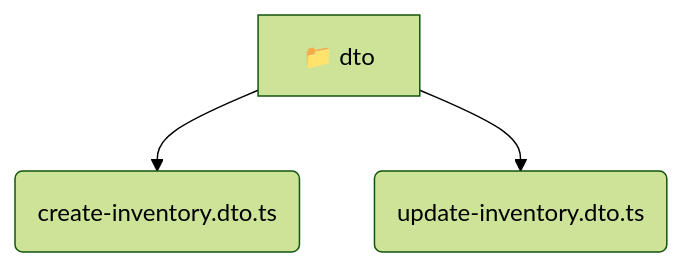
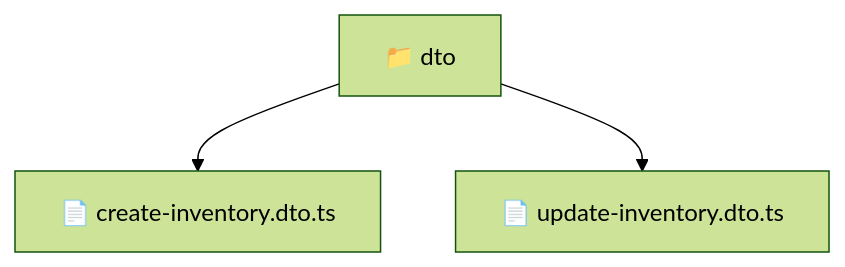
One commit to beginwebdev2002/fullstack-mavluda changed the diagram in backend/src/modules/inventory/presentation/dto/README.md. Above: the diagram before and after it, drawn with Mermaid (forest theme). The commit also changed other lines of this file and 163 other files, not shown here.

````diff
--- a/backend/src/modules/inventory/presentation/dto/README.md
+++ b/backend/src/modules/inventory/presentation/dto/README.md
@@ -9,6 +10,6 @@
 ```mermaid
 graph TD
-  dto[📁 dto]
-  dto --> dto_create_inventory_dto_ts(create-inventory.dto.ts)
-  dto --> dto_update_inventory_dto_ts(update-inventory.dto.ts)
+  Root["📁 dto"]
+  Root --> createinventorydtots["📄 create-inventory.dto.ts"]
+  Root --> updateinventorydtots["📄 update-inventory.dto.ts"]
 ```
````
